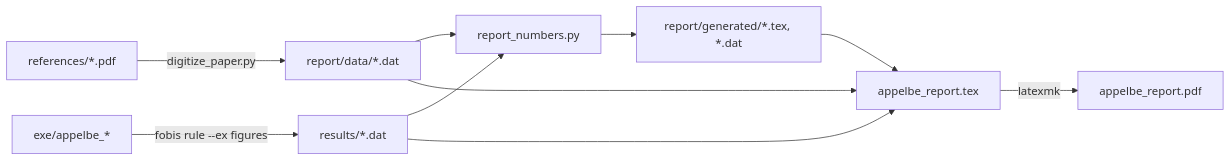
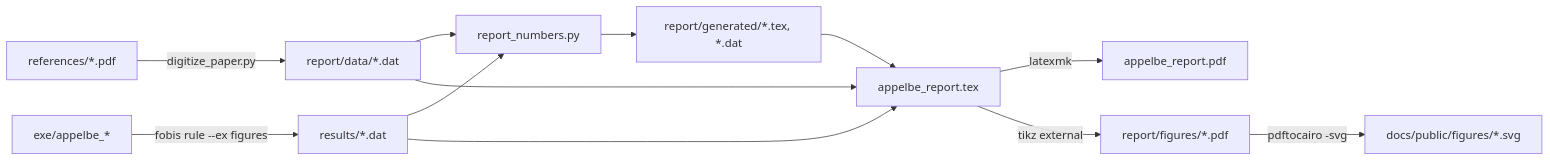
The diagram in docs/guide/report.md (szaghi/appelbe), drawn with Mermaid before and after one commit. The commit also changed other lines of this file and 31 other files, not shown here.

First line of the commit message:
docs: use the report's figures on the documentation site

````diff
--- a/docs/guide/report.md
+++ b/docs/guide/report.md
@@ -10,12 +10,14 @@
 ```mermaid
 flowchart LR
   pdf[references/*.pdf] -->|digitize_paper.py| data[report/data/*.dat]
   drivers[exe/appelbe_*] -->|fobis rule --ex figures| results[results/*.dat]
   data --> numbers[report_numbers.py]
   results --> numbers
   numbers --> gen[report/generated/*.tex, *.dat]
   results --> tex[appelbe_report.tex]
   data --> tex
   gen --> tex
   tex -->|latexmk| out[appelbe_report.pdf]
+  tex -->|tikz external| figs[report/figures/*.pdf]
+  figs -->|pdftocairo -svg| svg[docs/public/figures/*.svg]
 ```
````
